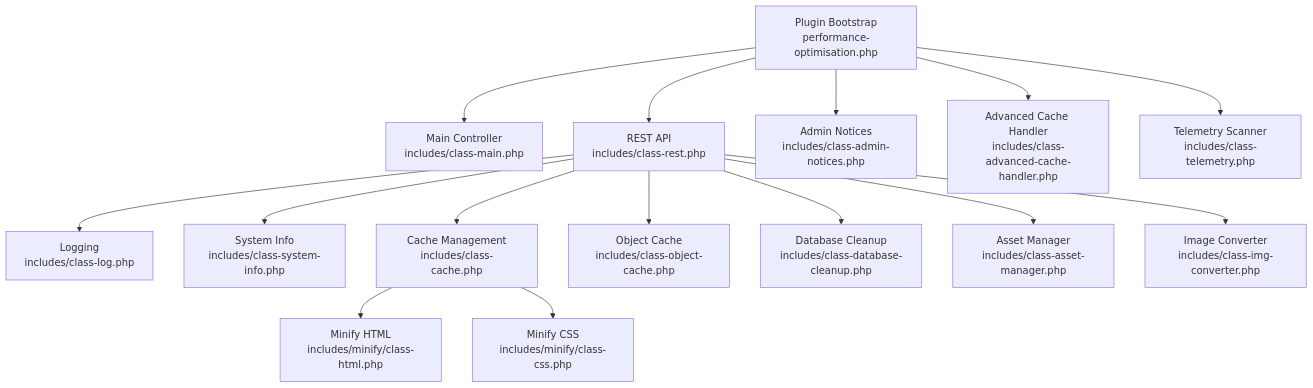
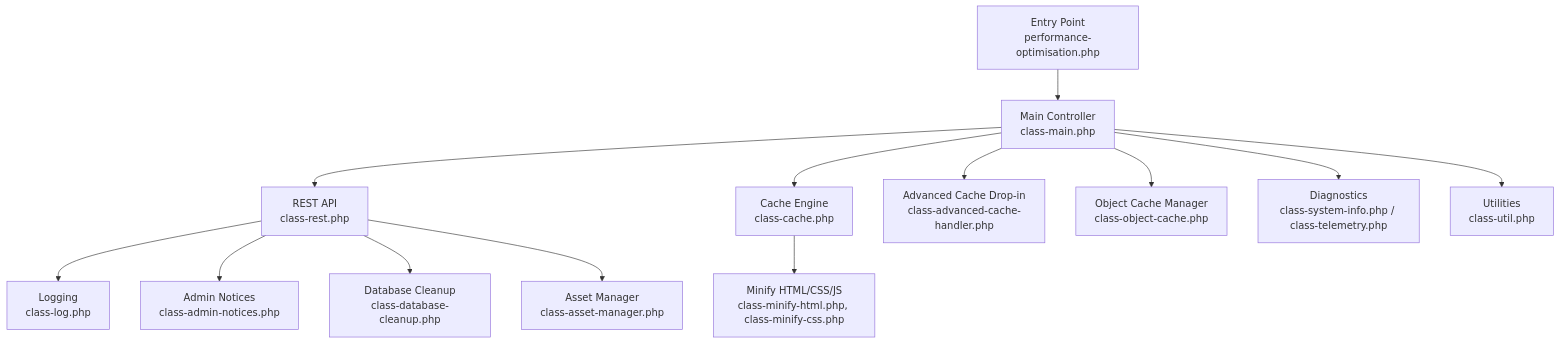
One commit to nilesh32236/performance-optimisation changed the first of 10 diagrams in .qoder/repowiki/en/content/Troubleshooting & Support.md. Above: the diagram before and after it, drawn with Mermaid. The commit also changed other lines of this file and 46 other files, not shown here.

````diff
--- a/.qoder/repowiki/en/content/Troubleshooting & Support.md
+++ b/.qoder/repowiki/en/content/Troubleshooting & Support.md
@@ -40,17 +45,15 @@
 ```mermaid
 graph TB
-A["Plugin Bootstrap<br/>performance-optimisation.php"] --> B["Main Controller<br/>includes/class-main.php"]
-A --> C["REST API<br/>includes/class-rest.php"]
-C --> D["Logging<br/>includes/class-log.php"]
-C --> E["System Info<br/>includes/class-system-info.php"]
-C --> F["Cache Management<br/>includes/class-cache.php"]
-C --> G["Object Cache<br/>includes/class-object-cache.php"]
-C --> H["Database Cleanup<br/>includes/class-database-cleanup.php"]
-C --> I["Asset Manager<br/>includes/class-asset-manager.php"]
-C --> J["Image Converter<br/>includes/class-img-converter.php"]
-F --> K["Minify HTML<br/>includes/minify/class-html.php"]
-F --> L["Minify CSS<br/>includes/minify/class-css.php"]
-A --> M["Admin Notices<br/>includes/class-admin-notices.php"]
-A --> N["Advanced Cache Handler<br/>includes/class-advanced-cache-handler.php"]
-A --> O["Telemetry Scanner<br/>includes/class-telemetry.php"]
+A["Entry Point<br/>performance-optimisation.php"] --> B["Main Controller<br/>class-main.php"]
+B --> C["REST API<br/>class-rest.php"]
+B --> D["Cache Engine<br/>class-cache.php"]
+B --> E["Advanced Cache Drop-in<br/>class-advanced-cache-handler.php"]
+B --> F["Object Cache Manager<br/>class-object-cache.php"]
+B --> G["Diagnostics<br/>class-system-info.php / class-telemetry.php"]
+B --> H["Utilities<br/>class-util.php"]
+C --> I["Logging<br/>class-log.php"]
+C --> J["Admin Notices<br/>class-admin-notices.php"]
+C --> K["Database Cleanup<br/>class-database-cleanup.php"]
+C --> L["Asset Manager<br/>class-asset-manager.php"]
+D --> M["Minify HTML/CSS/JS<br/>class-minify-html.php, class-minify-css.php"]
 ```
````
